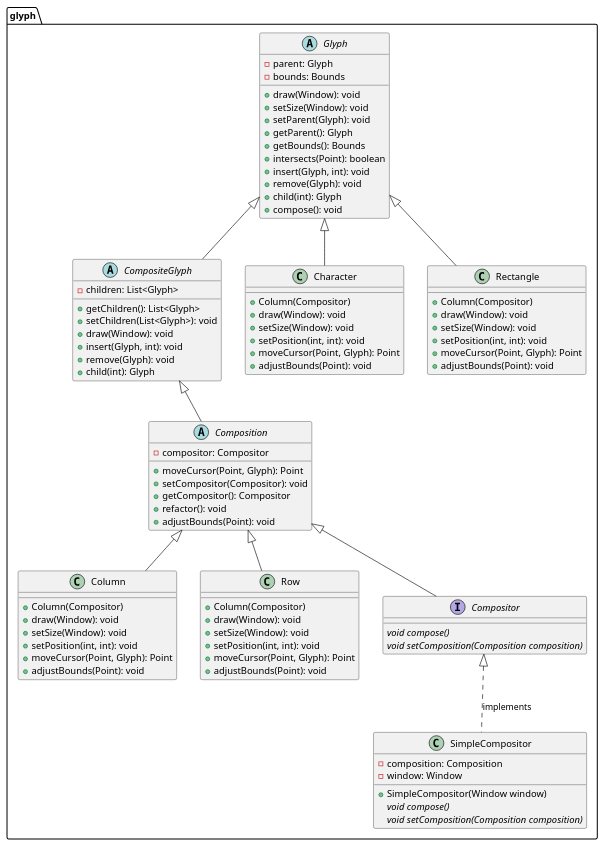
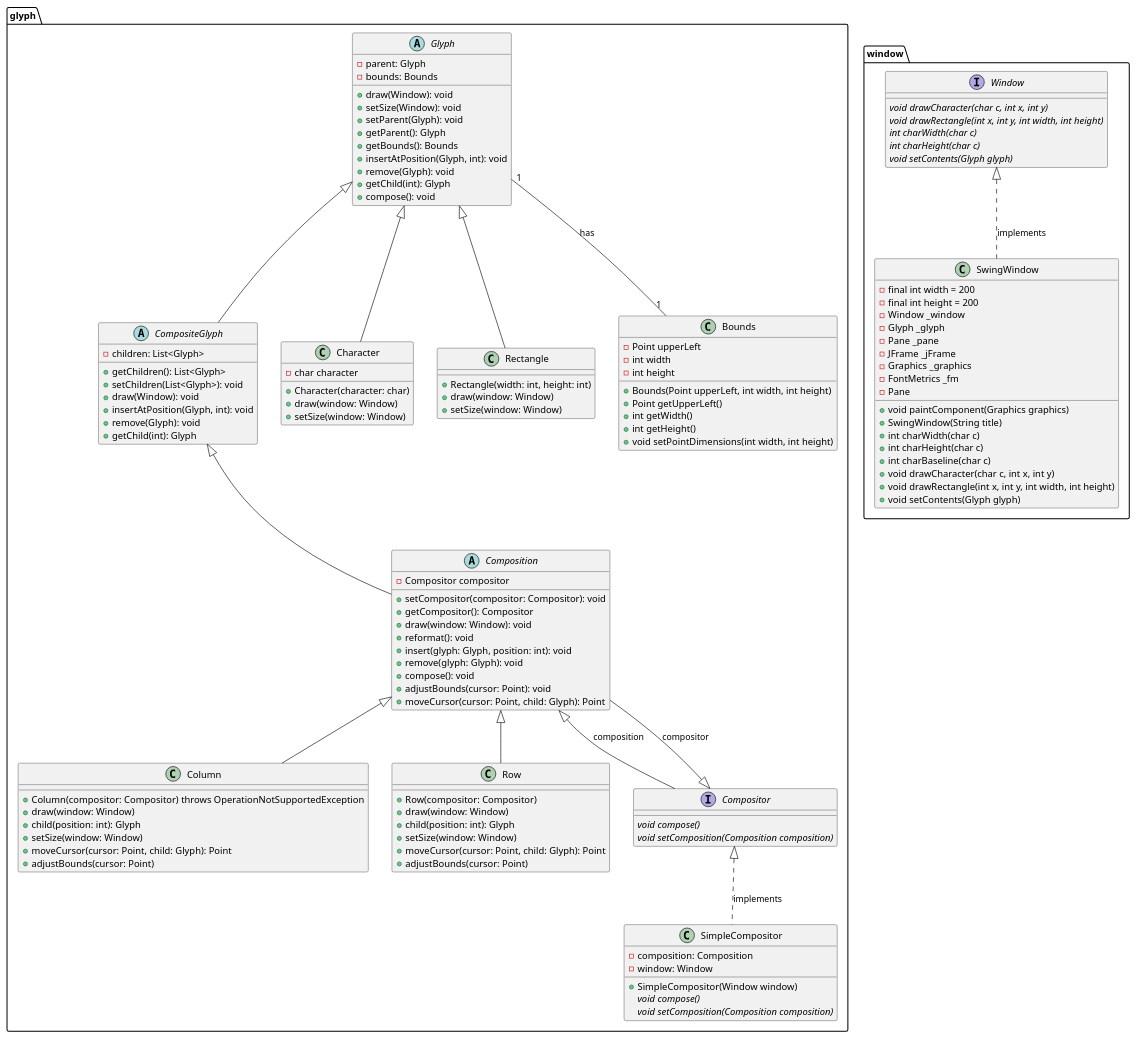
The diagram in Lexi/Diagram.puml (rubalgoyal/LexiDocument-ObjectOrientedDesignPattern), drawn with PlantUML before and after one commit. The commit also changed 159 other files, not shown here.

```diff
--- a/Lexi/Diagram.puml
+++ b/Lexi/Diagram.puml
@@ -2,97 +2,153 @@
 @startuml
 package glyph {
   abstract class Glyph {
     - parent: Glyph
     - bounds: Bounds
     + draw(Window): void
     + setSize(Window): void
     + setParent(Glyph): void
     + getParent(): Glyph
     + getBounds(): Bounds
-    + intersects(Point): boolean
-    + insert(Glyph, int): void
+    + insertAtPosition(Glyph, int): void
     + remove(Glyph): void
-    + child(int): Glyph
+    + getChild(int): Glyph
     + compose(): void
   }
   abstract class CompositeGlyph {
     - children: List<Glyph>
     + getChildren(): List<Glyph>
     + setChildren(List<Glyph>): void
     + draw(Window): void
-    + insert(Glyph, int): void
+    + insertAtPosition(Glyph, int): void
     + remove(Glyph): void
-    + child(int): Glyph
+    + getChild(int): Glyph
   }
 
-  class Column {
-    + Column(Compositor)
-    + draw(Window): void
-    + setSize(Window): void
-    + setPosition(int, int): void
-    + moveCursor(Point, Glyph): Point
-    + adjustBounds(Point): void
-  }
 
-  class Row {
-      + Column(Compositor)
-      + draw(Window): void
-      + setSize(Window): void
-      + setPosition(int, int): void
-      + moveCursor(Point, Glyph): Point
-      + adjustBounds(Point): void
-    }
+      class Column {
+          +Column(compositor: Compositor) throws OperationNotSupportedException
+          +draw(window: Window)
+          +child(position: int): Glyph
+          +setSize(window: Window)
+          +moveCursor(cursor: Point, child: Glyph): Point
+          +adjustBounds(cursor: Point)
+      }
 
 
-    class Character {
-      + Column(Compositor)
-      + draw(Window): void
-      + setSize(Window): void
-      + setPosition(int, int): void
-      + moveCursor(Point, Glyph): Point
-      + adjustBounds(Point): void
-    }
 
-    class Rectangle {
-      + Column(Compositor)
-      + draw(Window): void
-      + setSize(Window): void
-      + setPosition(int, int): void
-      + moveCursor(Point, Glyph): Point
-      + adjustBounds(Point): void
-    }
+      class Row {
+          +Row(compositor: Compositor)
+          +draw(window: Window)
+          +child(position: int): Glyph
+          +setSize(window: Window)
+          +moveCursor(cursor: Point, child: Glyph): Point
+          +adjustBounds(cursor: Point)
+      }
 
-    Glyph <|-- CompositeGlyph
-    CompositeGlyph <|-- Composition
-    Composition <|-- Column
-    Composition <|-- Row
-    Glyph <|-- Character
-    Glyph <|-- Rectangle
 
-    abstract class Composition {
-        - compositor: Compositor
-        + moveCursor(Point, Glyph): Point
-        + setCompositor(Compositor): void
-        + getCompositor(): Compositor
-        + refactor(): void
-        + adjustBounds(Point): void
-      }
+
+
+        class Character {
+
+            -char character
+            +Character(character: char)
+            +draw(window: Window)
+            +setSize(window: Window)
+        }
+
+
+
+        class Rectangle {
+
+            +Rectangle(width: int, height: int)
+            +draw(window: Window)
+            +setSize(window: Window)
+        }
+
+
+
+
+        abstract class Composition {
+            -Compositor compositor
+            +setCompositor(compositor: Compositor): void
+            +getCompositor(): Compositor
+            +draw(window: Window): void
+            +reformat(): void
+            +insert(glyph: Glyph, position: int): void
+            +remove(glyph: Glyph): void
+            +compose(): void
+            +adjustBounds(cursor: Point): void
+            +moveCursor(cursor: Point, child: Glyph): Point
+        }
+
+            class Bounds {
+                    - Point upperLeft
+                    - int width
+                    - int height
+                    + Bounds(Point upperLeft, int width, int height)
+                    + Point getUpperLeft()
+                    + int getWidth()
+                    + int getHeight()
+                    + void setPointDimensions(int width, int height)
+                }
 
     interface Compositor {
         {abstract} void compose()
         {abstract} void setComposition(Composition composition)
     }
 
     class SimpleCompositor {
         - composition: Composition
         - window: Window
 
         + SimpleCompositor(Window window)
         {abstract} void compose()
         {abstract} void setComposition(Composition composition)
     }
 
-    Composition <|-- Compositor
+    Compositor <|-- Composition : compositor
+    Composition <|-- Compositor : composition
     Compositor <|.. SimpleCompositor : implements
+    Glyph <|-- CompositeGlyph
+    CompositeGlyph <|-- Composition
+    Composition <|-- Column
+    Composition <|-- Row
+    Glyph <|-- Character
+    Glyph <|-- Rectangle
+    Glyph "1" -- "1" Bounds : has
+
+
+}
+
+package window {
+    interface Window {
+        {abstract} void drawCharacter(char c, int x, int y)
+        {abstract} void drawRectangle(int x, int y, int width, int height)
+        {abstract} int charWidth(char c)
+        {abstract} int charHeight(char c)
+        {abstract} void setContents(Glyph glyph)
+    }
+
+    class SwingWindow {
+        - final int width = 200
+        - final int height = 200
+        - Window _window
+        - Glyph _glyph
+        - Pane _pane
+        - JFrame _jFrame
+        - Graphics _graphics
+        - FontMetrics _fm
+        - Pane
+        + void paintComponent(Graphics graphics)
+        + SwingWindow(String title)
+        + int charWidth(char c)
+        + int charHeight(char c)
+        + int charBaseline(char c)
+        + void drawCharacter(char c, int x, int y)
+        + void drawRectangle(int x, int y, int width, int height)
+        + void setContents(Glyph glyph)
+    }
+
+     Window <|.. SwingWindow : implements
 }
 @enduml
```
